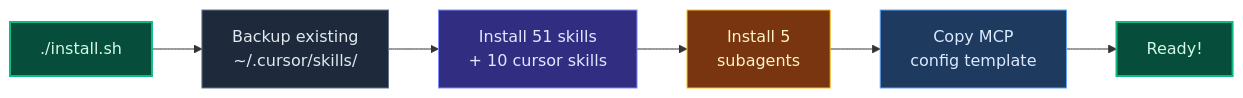
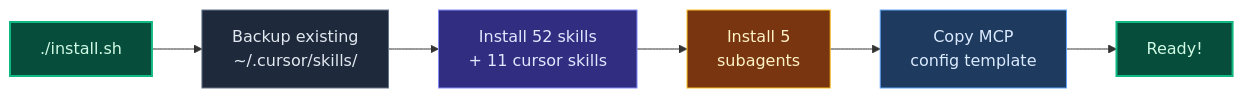
Before and after one commit to kensaurus/cursor-kenji: the third of 9 diagrams in README.md, drawn with Mermaid. The commit also changed other lines of this file and 29 other files, not shown here.

````diff
--- a/README.md
+++ b/README.md
@@ -283,15 +285,15 @@
 ```mermaid
 flowchart LR
   A["./install.sh"] --> B["Backup existing\n~/.cursor/skills/"]
-  B --> C["Install 51 skills\n+ 10 cursor skills"]
+  B --> C["Install 52 skills\n+ 11 cursor skills"]
   C --> D["Install 5\nsubagents"]
   D --> E["Copy MCP\nconfig template"]
   E --> F["Ready!"]
 
   style A fill:#064e3b,stroke:#10b981,stroke-width:2px,color:#d1fae5
   style F fill:#064e3b,stroke:#10b981,stroke-width:2px,color:#d1fae5
   style B fill:#1e293b,stroke:#64748b,color:#e2e8f0
   style C fill:#312e81,stroke:#818cf8,color:#e0e7ff
   style D fill:#78350f,stroke:#fbbf24,color:#fef3c7
   style E fill:#1e3a5f,stroke:#60a5fa,color:#dbeafe
 ```
````
